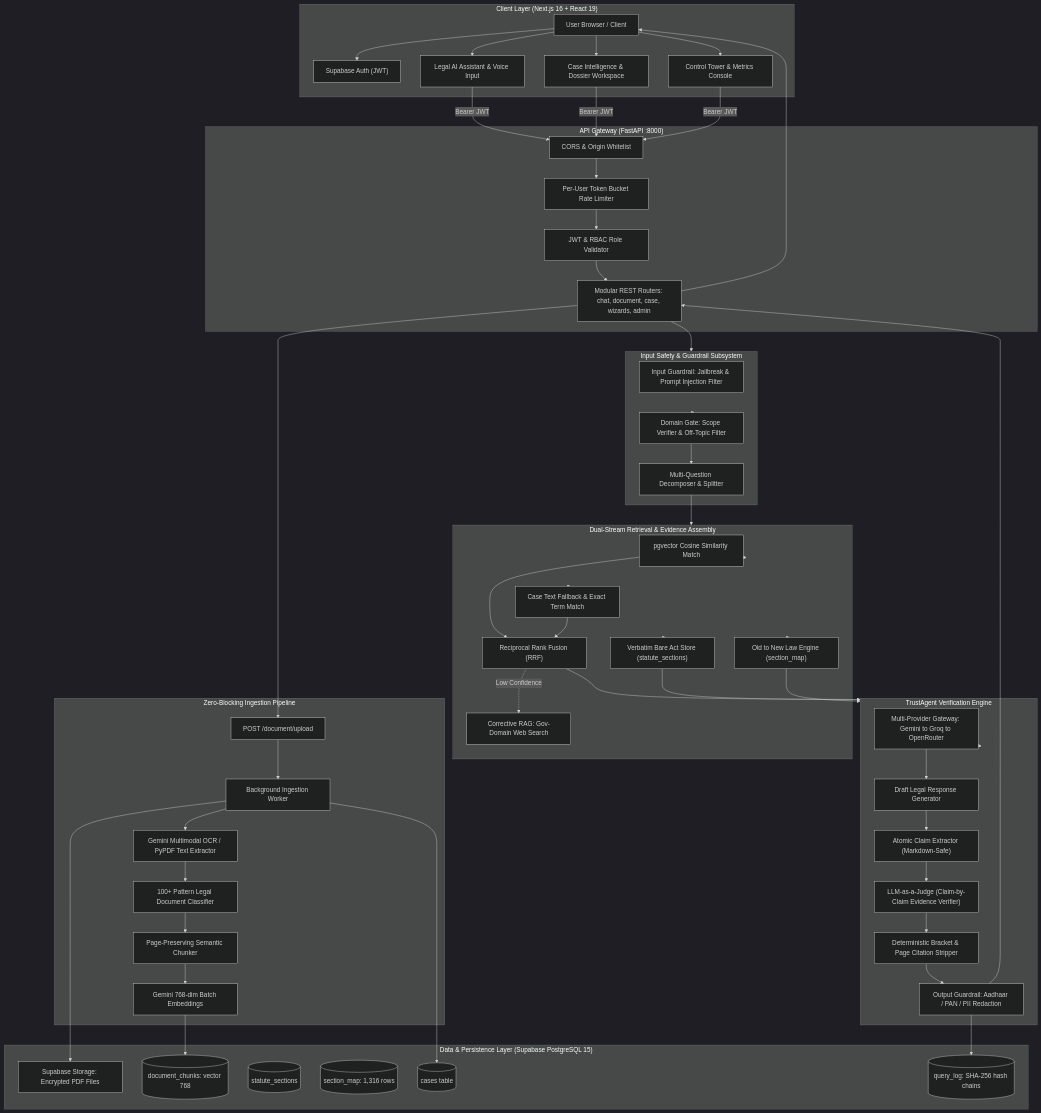
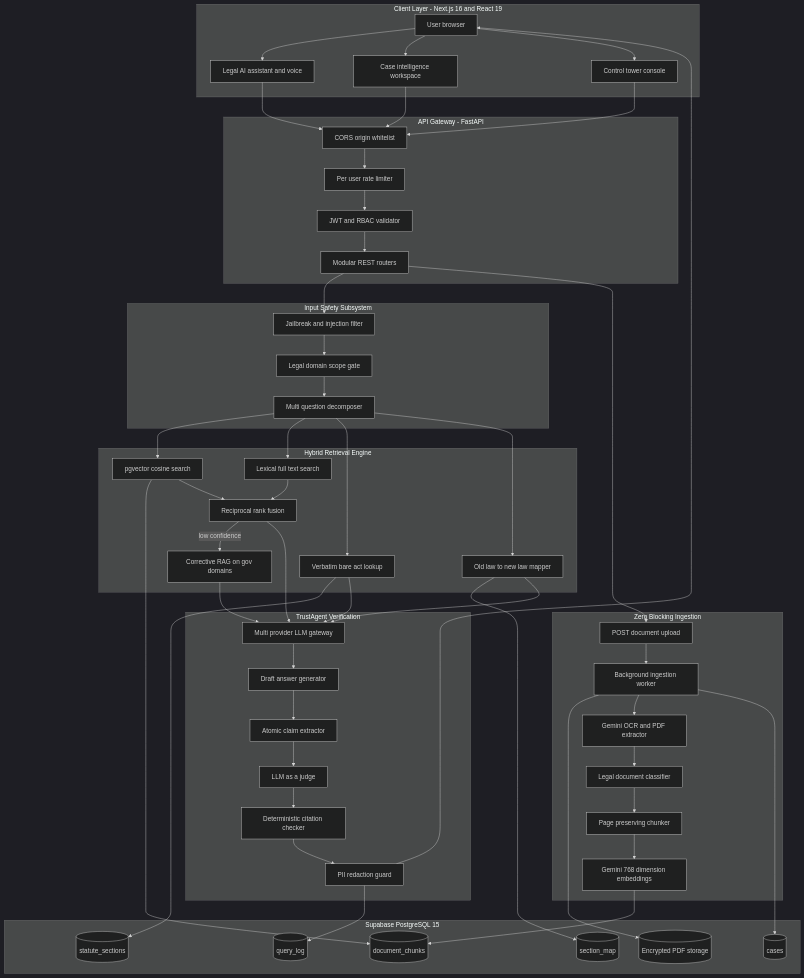
One commit to tanisha-64/NyayaPramaan changed the second of 12 diagrams in README.md. Above: the diagram before and after it, drawn with Mermaid (dark theme). The commit also changed other lines of this file, not shown here.

Commit message:
docs: fix all mermaid diagrams, update structure and add troubleshooting

````diff
--- a/README.md
+++ b/README.md
@@ -167,92 +165,105 @@
 ```mermaid
 flowchart TD
-    subgraph ClientLayer["Client Layer (Next.js 16 + React 19)"]
-        Browser["User Browser / Client"]
-        AuthUI["Supabase Auth (JWT)"]
-        ChatUI["Legal AI Assistant & Voice Input"]
-        DashUI["Case Intelligence & Dossier Workspace"]
-        AdminUI["Control Tower & Metrics Console"]
+    subgraph Client["Client Layer - Next.js 16 and React 19"]
+        Browser["User browser"]
+        ChatUI["Legal AI assistant and voice"]
+        DashUI["Case intelligence workspace"]
+        AdminUI["Control tower console"]
     end
 
-    subgraph APILayer["API Gateway (FastAPI :8000)"]
-        Cors["CORS & Origin Whitelist"]
-        RateLimit["Per-User Token Bucket Rate Limiter"]
-        AuthGuard["JWT & RBAC Role Validator"]
-        Router["Modular REST Routers: chat, document, case, wizards, admin"]
+    subgraph Gateway["API Gateway - FastAPI"]
+        Cors["CORS origin whitelist"]
+        RateLimit["Per user rate limiter"]
+        AuthGuard["JWT and RBAC validator"]
+        Router["Modular REST routers"]
     end
 
-    subgraph SecurityPipeline["Input Safety & Guardrail Subsystem"]
-        InGuard["Input Guardrail: Jailbreak & Prompt Injection Filter"]
-        DomainGate["Domain Gate: Scope Verifier & Off-Topic Filter"]
-        MultiQ["Multi-Question Decomposer & Splitter"]
+    subgraph Safety["Input Safety Subsystem"]
+        InGuard["Jailbreak and injection filter"]
+        DomainGate["Legal domain scope gate"]
+        MultiQ["Multi question decomposer"]
     end
 
-    subgraph IngestionSubsystem["Zero-Blocking Ingestion Pipeline"]
-        Upload["POST /document/upload"]
-        BgWorker["Background Ingestion Worker"]
-        DocReader["Gemini Multimodal OCR / PyPDF Text Extractor"]
-        DocClassifier["100+ Pattern Legal Document Classifier"]
-        Chunker["Page-Preserving Semantic Chunker"]
-        GeminiEmbed["Gemini 768-dim Batch Embeddings"]
+    subgraph Ingest["Zero Blocking Ingestion"]
+        Upload["POST document upload"]
+        Worker["Background ingestion worker"]
+        Reader["Gemini OCR and PDF extractor"]
+        Classifier["Legal document classifier"]
+        Chunker["Page preserving chunker"]
+        Embedder["Gemini 768 dimension embeddings"]
     end
 
-    subgraph HybridRAG["Dual-Stream Retrieval & Evidence Assembly"]
-        VecStore["pgvector Cosine Similarity Match"]
-        LexSearch["Case Text Fallback & Exact Term Match"]
-        RRF["Reciprocal Rank Fusion (RRF)"]
-        StatuteTable["Verbatim Bare Act Store (statute_sections)"]
-        SectionMap["Old to New Law Engine (section_map)"]
-        CRAG["Corrective RAG: Gov-Domain Web Search"]
+    subgraph Retrieval["Hybrid Retrieval Engine"]
+        VecStore["pgvector cosine search"]
+        LexSearch["Lexical full text search"]
+        RRF["Reciprocal rank fusion"]
+        Statutes["Verbatim bare act lookup"]
+        SecMap["Old law to new law mapper"]
+        CRAG["Corrective RAG on gov domains"]
     end
 
-    subgraph VerificationSubsystem["TrustAgent Verification Engine"]
-        LLMGateway["Multi-Provider Gateway: Gemini to Groq to OpenRouter"]
-        DraftLLM["Draft Legal Response Generator"]
-        ClaimExt["Atomic Claim Extractor (Markdown-Safe)"]
-        LLMJudge["LLM-as-a-Judge (Claim-by-Claim Evidence Verifier)"]
-        CitationChk["Deterministic Bracket & Page Citation Stripper"]
-        OutGuard["Output Guardrail: Aadhaar / PAN / PII Redaction"]
+    subgraph Trust["TrustAgent Verification"]
+        LLMGw["Multi provider LLM gateway"]
+        Draft["Draft answer generator"]
+        Claims["Atomic claim extractor"]
+        Judge["LLM as a judge"]
+        CiteChk["Deterministic citation checker"]
+        OutGuard["PII redaction guard"]
     end
 
-    subgraph StorageLayer["Data & Persistence Layer (Supabase PostgreSQL 15)"]
-        DB_Cases[("cases table")]
-        DB_Chunks[("document_chunks: vector 768")]
-        DB_Statutes[("statute_sections")]
-        DB_Map[("section_map: 1,316 rows")]
-        DB_Log[("query_log: SHA-256 hash chains")]
-        CloudStorage["Supabase Storage: Encrypted PDF Files"]
+    subgraph Storage["Supabase PostgreSQL 15"]
+        DBCases[("cases")]
+        DBChunks[("document_chunks")]
+        DBStatutes[("statute_sections")]
+        DBMap[("section_map")]
+        DBLog[("query_log")]
+        Files[("Encrypted PDF storage")]
     end
 
-    Browser --> AuthUI
     Browser --> ChatUI
     Browser --> DashUI
     Browser --> AdminUI
-    ChatUI -->|Bearer JWT| Cors
-    DashUI -->|Bearer JWT| Cors
-    AdminUI -->|Bearer JWT| Cors
-    Cors --> RateLimit --> AuthGuard --> Router
+    ChatUI --> Cors
+    DashUI --> Cors
+    AdminUI --> Cors
+    Cors --> RateLimit
+    RateLimit --> AuthGuard
+    AuthGuard --> Router
 
-    Router --> SecurityPipeline
-    SecurityPipeline --> DomainGate --> MultiQ
+    Router --> InGuard
+    InGuard --> DomainGate
+    DomainGate --> MultiQ
 
-    Router --> Upload --> BgWorker
-    BgWorker --> CloudStorage
-    BgWorker --> DocReader --> DocClassifier --> Chunker --> GeminiEmbed --> DB_Chunks
-    BgWorker --> DB_Cases
+    Router --> Upload
+    Upload --> Worker
+    Worker --> Files
+    Worker --> Reader
+    Reader --> Classifier
+    Classifier --> Chunker
+    Chunker --> Embedder
+    Embedder --> DBChunks
+    Worker --> DBCases
 
-    MultiQ --> HybridRAG
-    HybridRAG --> VecStore
-    HybridRAG --> LexSearch
+    MultiQ --> VecStore
+    MultiQ --> LexSearch
+    MultiQ --> Statutes
+    MultiQ --> SecMap
+    VecStore --> DBChunks
+    Statutes --> DBStatutes
+    SecMap --> DBMap
     VecStore --> RRF
     LexSearch --> RRF
-    HybridRAG --> StatuteTable
-    HybridRAG --> SectionMap
-    RRF -.->|Low Confidence| CRAG
+    RRF -->|"low confidence"| CRAG
 
-    RRF --> VerificationSubsystem
-    StatuteTable --> VerificationSubsystem
-    SectionMap --> VerificationSubsystem
-    VerificationSubsystem --> LLMGateway --> DraftLLM --> ClaimExt --> LLMJudge --> CitationChk --> OutGuard
-    OutGuard --> DB_Log
-    OutGuard --> Router --> Browser
+    RRF --> LLMGw
+    Statutes --> LLMGw
+    SecMap --> LLMGw
+    CRAG --> LLMGw
+    LLMGw --> Draft
+    Draft --> Claims
+    Claims --> Judge
+    Judge --> CiteChk
+    CiteChk --> OutGuard
+    OutGuard --> DBLog
+    OutGuard --> Browser
 ```
````
